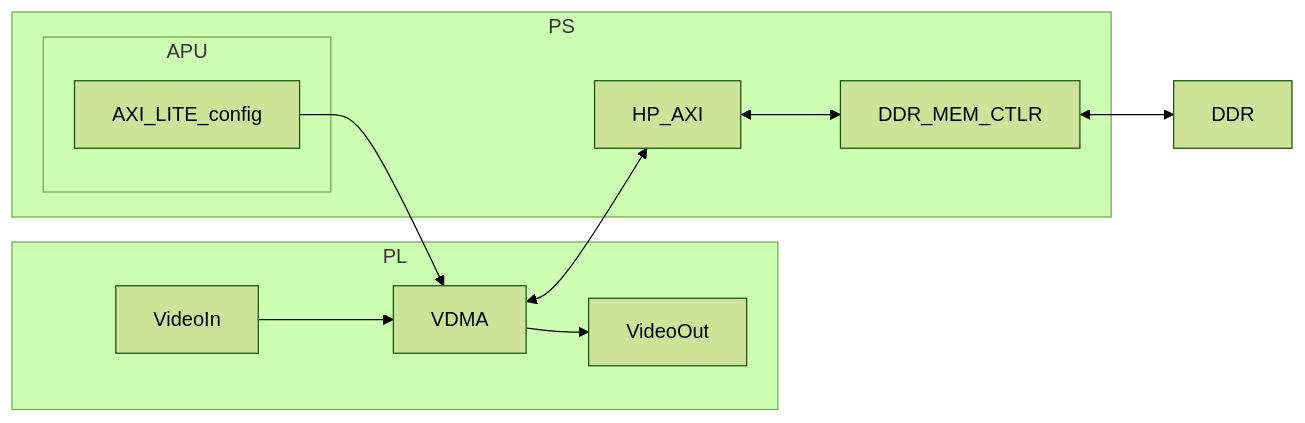
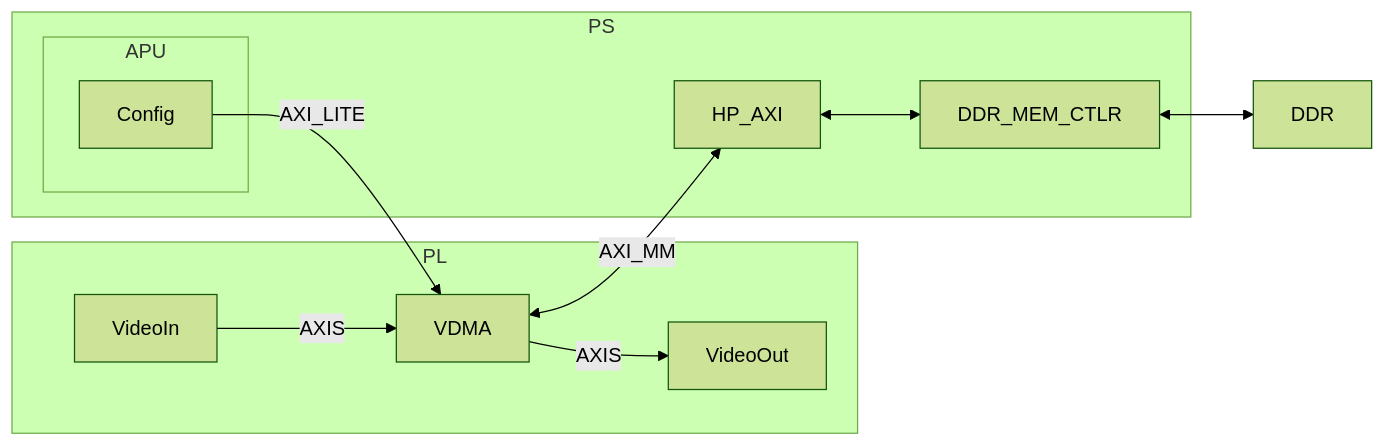
One commit to vpolda/Engineering-Blog changed the diagram in _posts/2024-12-30-Understanding-VDMA-and-PS-interactions.md. Above: the diagram before and after it, drawn with Mermaid (forest theme). The commit also changed 2 other files, not shown here.

Commit message:
chaning mermaid theme

````diff
--- a/_posts/2024-12-30-Understanding-VDMA-and-PS-interactions.md
+++ b/_posts/2024-12-30-Understanding-VDMA-and-PS-interactions.md
@@ -25,17 +25,18 @@
 ```mermaid
 graph LR 
     subgraph PL
-        VideoIn --> VDMA
-        VDMA --> VideoOut
+        VideoIn -- AXIS --> VDMA
+        VDMA -- AXIS --> VideoOut
     end
-    VDMA <--> HP_AXI
+    VDMA -- AXI_MM <--> HP_AXI
     subgraph PS
         HP_AXI <--> DDR_MEM_CTLR
 
         subgraph APU
-            AXI_LITE_config --> VDMA
+            Config -- AXI_LITE --> VDMA
         end
     end
 
     DDR_MEM_CTLR <--> DDR
+
 ```
````
